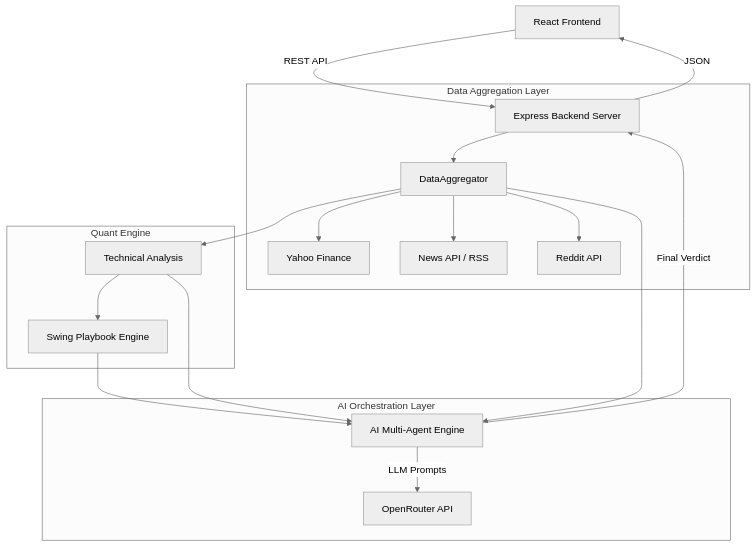
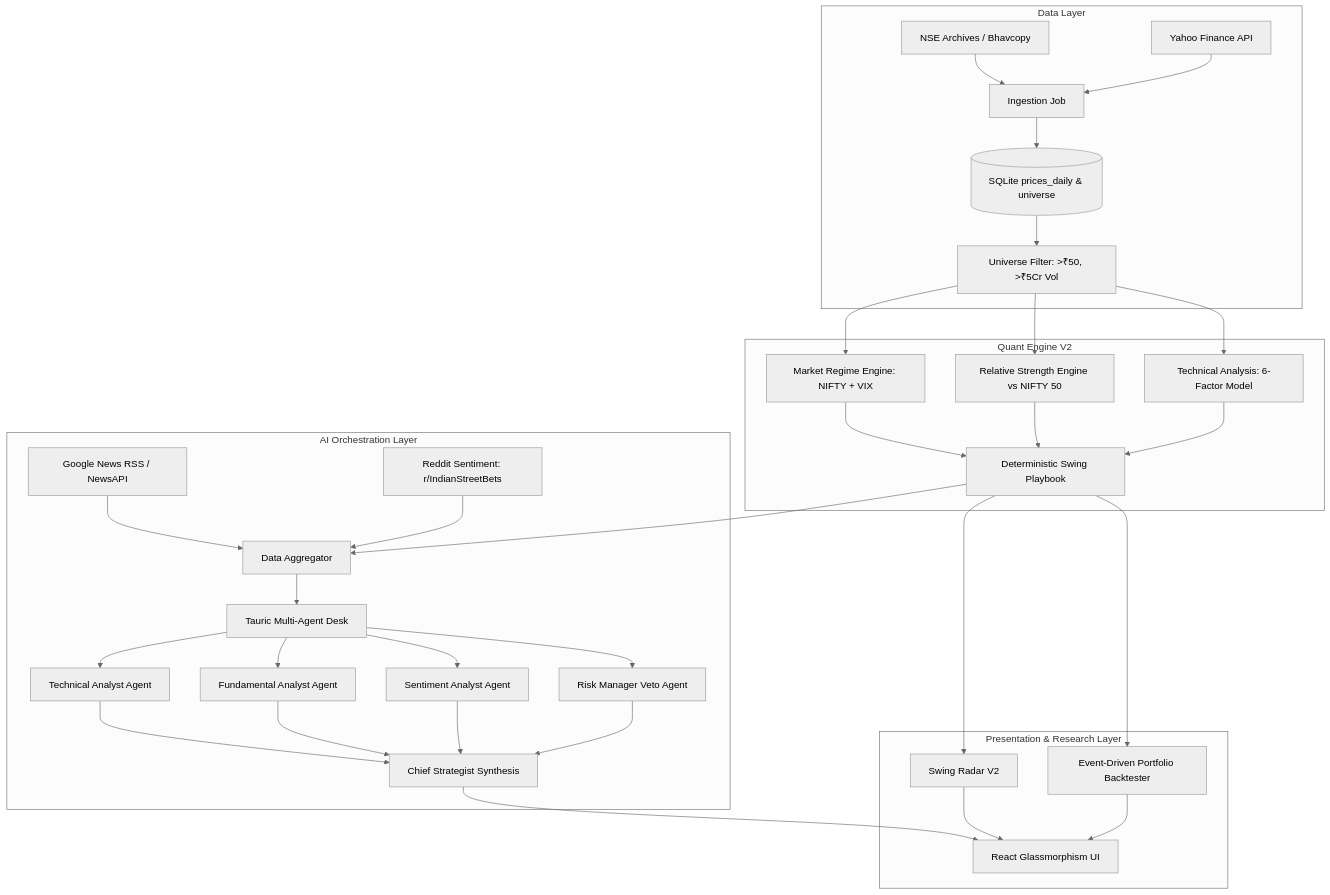
One commit to shreyaspande2003/stock-sage-india changed the first of 4 diagrams in StockSage_System_Design.md. Above: the diagram before and after it, drawn with Mermaid (neutral theme). The commit also changed other lines of this file, not shown here.

````diff
--- a/StockSage_System_Design.md
+++ b/StockSage_System_Design.md
@@ -24,26 +43,44 @@
 ```mermaid
 graph TD
-    Client[React Frontend] -->|REST API| Express[Express Backend Server]
-    
-    subgraph Data Aggregation Layer
-        Express --> DA[DataAggregator]
-        DA --> YF[Yahoo Finance]
-        DA --> NA[News API / RSS]
-        DA --> Reddit[Reddit API]
+    subgraph Data Layer
+        NSE[NSE Archives / Bhavcopy] --> Ingest[Ingestion Job]
+        YF[Yahoo Finance API] --> Ingest
+        Ingest --> DB[(SQLite prices_daily & universe)]
+        DB --> Filter[Universe Filter: >₹50, >₹5Cr Vol]
     end
-    
-    subgraph Quant Engine
-        DA --> TA[Technical Analysis]
-        TA --> Swing[Swing Playbook Engine]
+
+    subgraph Quant Engine V2
+        Filter --> Regime[Market Regime Engine: NIFTY + VIX]
+        Filter --> RS[Relative Strength Engine vs NIFTY 50]
+        Filter --> TA[Technical Analysis: 6-Factor Model]
+        
+        Regime --> Swing[Deterministic Swing Playbook]
+        RS --> Swing
+        TA --> Swing
     end
-    
+
     subgraph AI Orchestration Layer
-        Swing --> AIE[AI Multi-Agent Engine]
-        TA --> AIE
-        DA --> AIE
-        AIE -->|LLM Prompts| OpenRouter[OpenRouter API]
+        Swing --> Agg[Data Aggregator]
+        News[Google News RSS / NewsAPI] --> Agg
+        Reddit[Reddit Sentiment: r/IndianStreetBets] --> Agg
+        
+        Agg --> AI[Tauric Multi-Agent Desk]
+        AI --> TechA[Technical Analyst Agent]
+        AI --> FundA[Fundamental Analyst Agent]
+        AI --> SentA[Sentiment Analyst Agent]
+        AI --> RiskA[Risk Manager Veto Agent]
+        
+        TechA --> Chief[Chief Strategist Synthesis]
+        FundA --> Chief
+        SentA --> Chief
+        RiskA --> Chief
     end
-    
-    AIE -->|Final Verdict| Express
-    Express -->|JSON| Client
+
+    subgraph Presentation & Research Layer
+        Swing --> Radar[Swing Radar V2]
+        Swing --> Backtest[Event-Driven Portfolio Backtester]
+        Chief --> UI[React Glassmorphism UI]
+        Radar --> UI
+        Backtest --> UI
+    end
 ```
````
